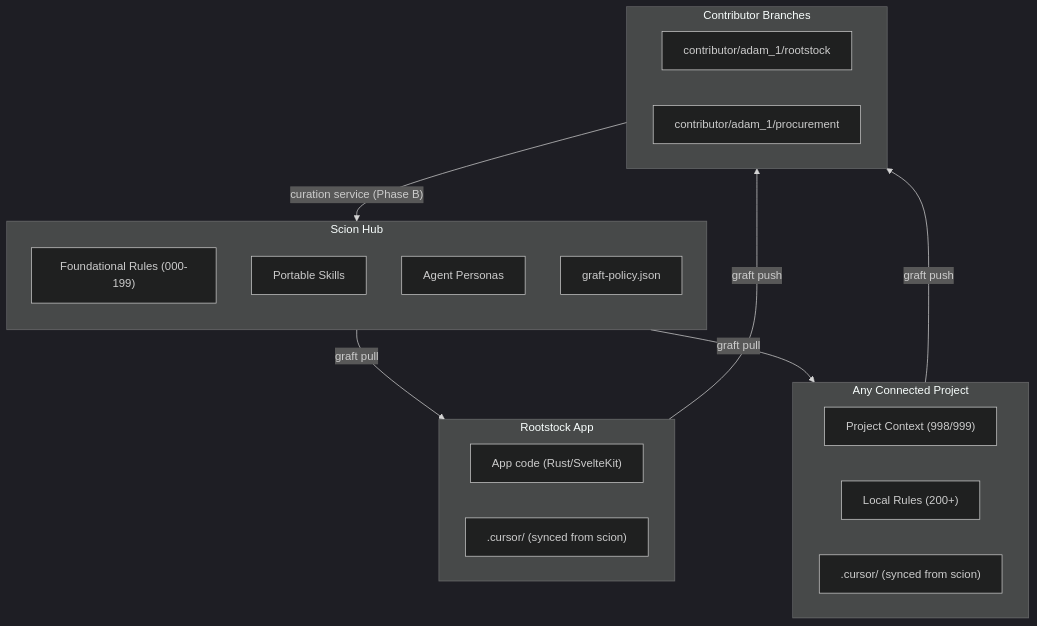
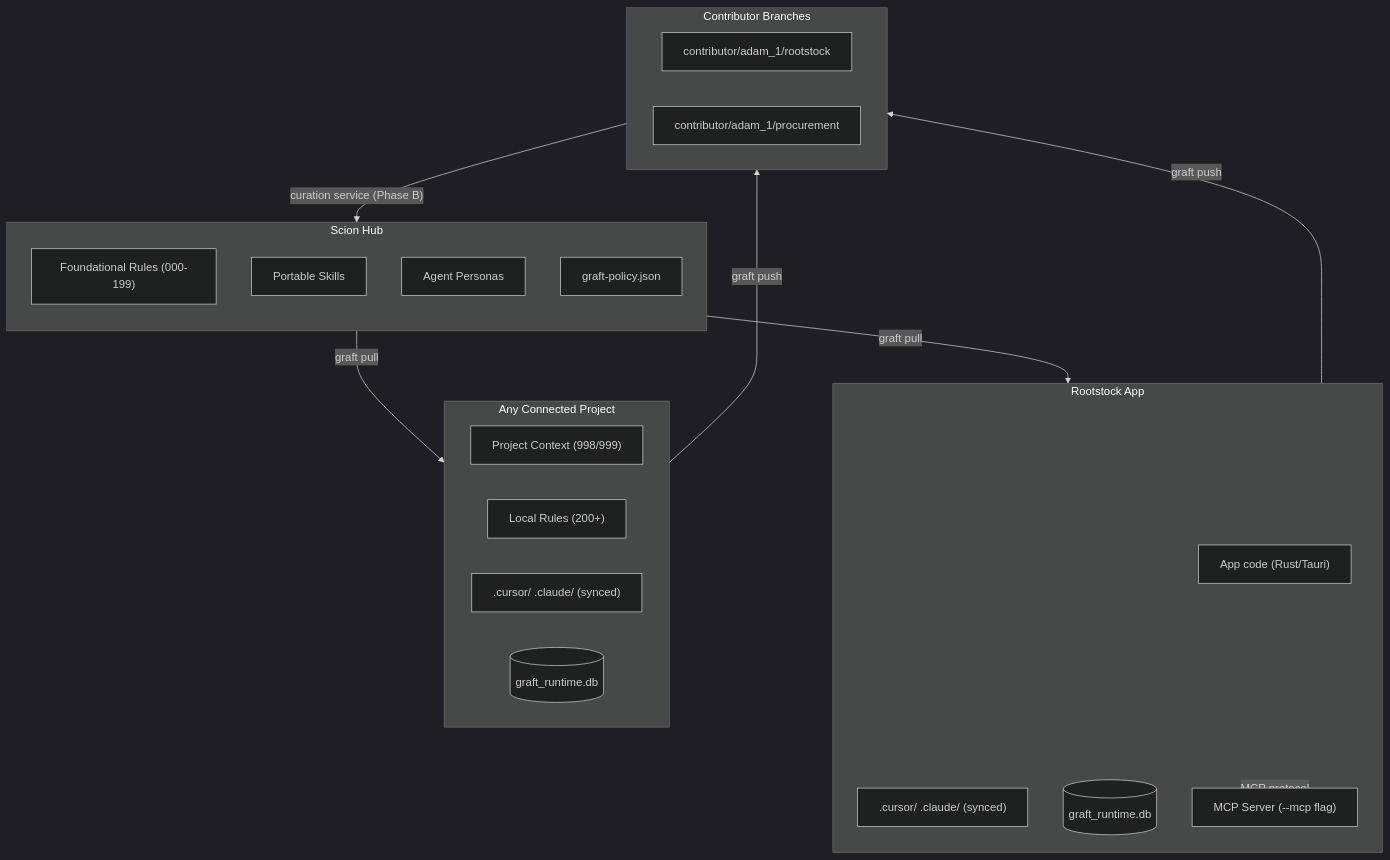
The diagram in .cursor/skills/rootstock/resources/rootstock-mental-model.md (MT-Hackathon/scion), drawn with Mermaid (dark theme) before and after one commit. The commit also changed other lines of this file and 18 other files, not shown here.

````diff
--- a/.cursor/skills/rootstock/resources/rootstock-mental-model.md
+++ b/.cursor/skills/rootstock/resources/rootstock-mental-model.md
@@ -153,32 +160,36 @@
 ```mermaid
 graph TD
     subgraph scion_hub [Scion Hub]
         direction TB
         F1["Foundational Rules (000-199)"]
         S1["Portable Skills"]
         A1["Agent Personas"]
         P0["graft-policy.json"]
     end
 
     subgraph spoke_rootstock [Rootstock App]
-        R1["App code (Rust/SvelteKit)"]
-        R2[".cursor/ (synced from scion)"]
+        R1["App code (Rust/Tauri)"]
+        R2[".cursor/ .claude/ (synced)"]
+        DB1[("graft_runtime.db")]
+        MCP["MCP Server (--mcp flag)"]
     end
 
     subgraph spoke_project [Any Connected Project]
         P1["Project Context (998/999)"]
         P2["Local Rules (200+)"]
-        P3[".cursor/ (synced from scion)"]
+        P3[".cursor/ .claude/ (synced)"]
+        DB2[("graft_runtime.db")]
     end
 
     subgraph contributor [Contributor Branches]
         C1["contributor/adam_1/rootstock"]
         C2["contributor/adam_1/procurement"]
     end
 
     spoke_rootstock -- "graft push" --> contributor
     spoke_project -- "graft push" --> contributor
     scion_hub -- "graft pull" --> spoke_rootstock
     scion_hub -- "graft pull" --> spoke_project
+    spoke_rootstock -- "MCP protocol" --> MCP
     contributor -- "curation service (Phase B)" --> scion_hub
 ```
````
